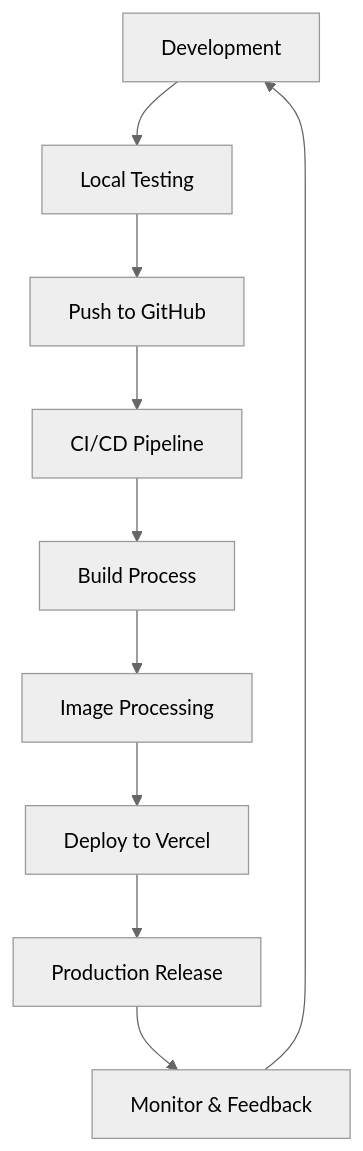
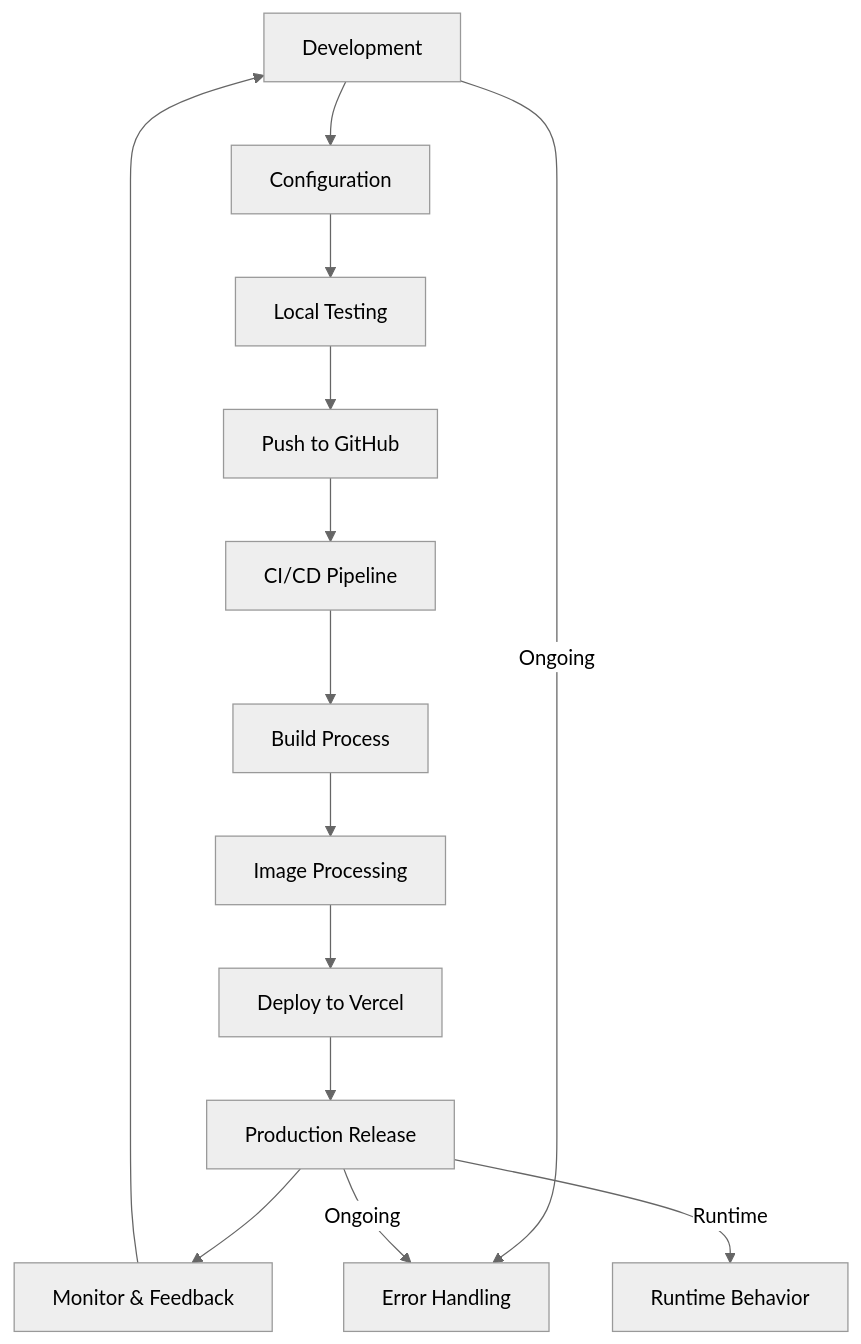
Before and after one commit to jameswquinn/webpack-preact-jest-app: the diagram in README.md, drawn with Mermaid (neutral theme). The commit also changed other lines of this file, not shown here.

````diff
--- a/README.md
+++ b/README.md
@@ -144,12 +145,18 @@
 ```mermaid
 graph TD
-    A[Development] --> B[Local Testing]
-    B --> C[Push to GitHub]
-    C --> D[CI/CD Pipeline]
-    D --> E[Build Process]
-    E --> F[Image Processing]
-    F --> G[Deploy to Vercel]
-    G --> H[Production Release]
-    H --> I[Monitor & Feedback]
-    I --> A
+    A[Development] --> B[Configuration]
+    B --> C[Local Testing]
+    C --> D[Push to GitHub]
+    D --> E[CI/CD Pipeline]
+    E --> F[Build Process]
+    F --> G[Image Processing]
+    G --> H[Deploy to Vercel]
+    H --> I[Production Release]
+    I --> J[Monitor & Feedback]
+    J --> A
+
+    A -- Ongoing --> K[Error Handling]
+    I -- Ongoing --> K
+
+    I -- Runtime --> L[Runtime Behavior]
 ```
````
